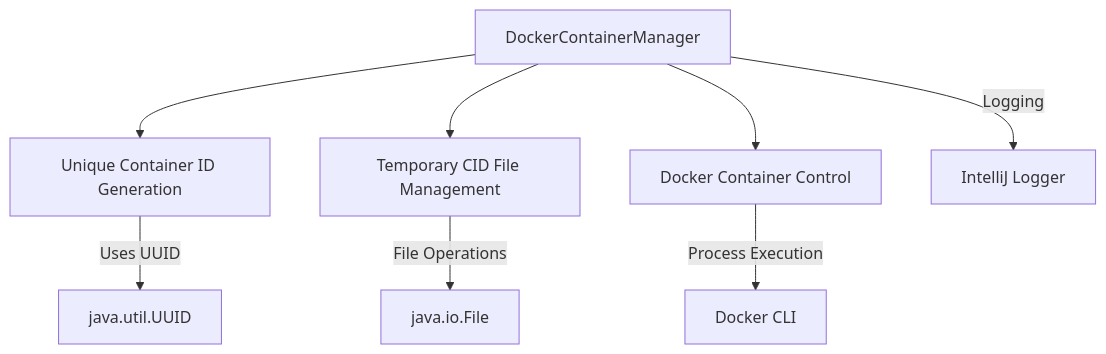
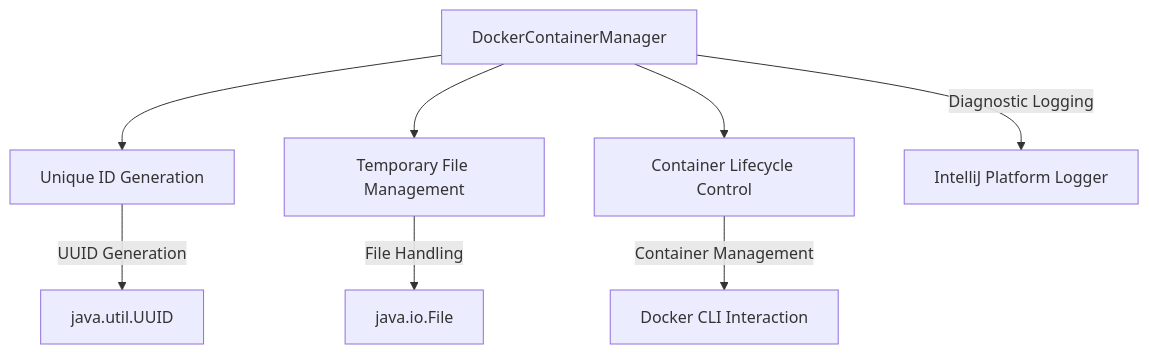
Before and after one commit to p-wegner/coding-aider: the diagram in src/main/kotlin/de/andrena/codingaider/docker/docker.md, drawn with Mermaid. The commit also changed other lines of this file, not shown here.

First line of the commit message:
The changes look good. The updated documentation provides a more comprehensive and structured overview of the DockerContainerManager module. The key improvements include:

````diff
--- a/src/main/kotlin/de/andrena/codingaider/docker/docker.md
+++ b/src/main/kotlin/de/andrena/codingaider/docker/docker.md
@@ -13,11 +22,11 @@
 ```mermaid
 graph TD
-    A[DockerContainerManager] --> B[Unique Container ID Generation]
-    A --> C[Temporary CID File Management]
-    A --> D[Docker Container Control]
+    A[DockerContainerManager] --> B[Unique ID Generation]
+    A --> C[Temporary File Management]
+    A --> D[Container Lifecycle Control]
     
-    B --> |Uses UUID| E[java.util.UUID]
-    C --> |File Operations| F[java.io.File]
-    D --> |Process Execution| G[Docker CLI]
-    A --> |Logging| H[IntelliJ Logger]
+    B --> |UUID Generation| E[java.util.UUID]
+    C --> |File Handling| F[java.io.File]
+    D --> |Container Management| G[Docker CLI Interaction]
+    A --> |Diagnostic Logging| H[IntelliJ Platform Logger]
 ```
````
